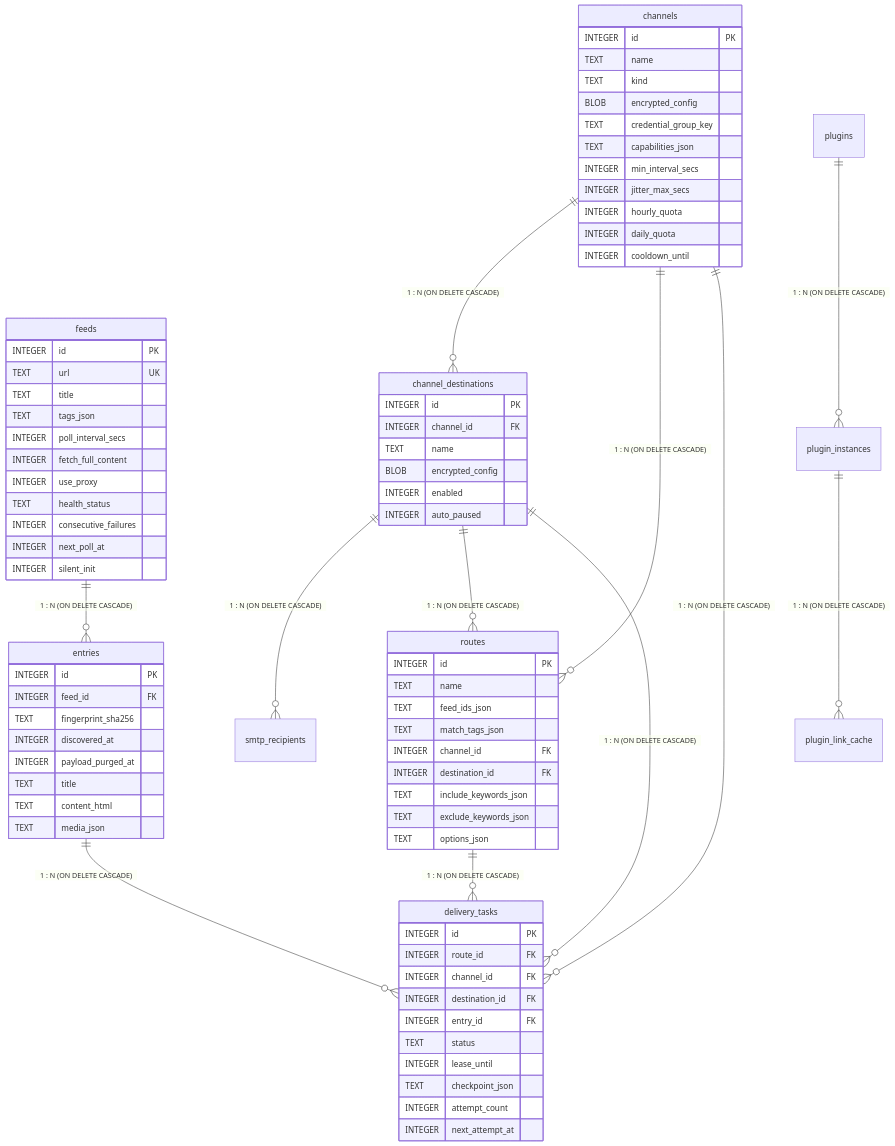
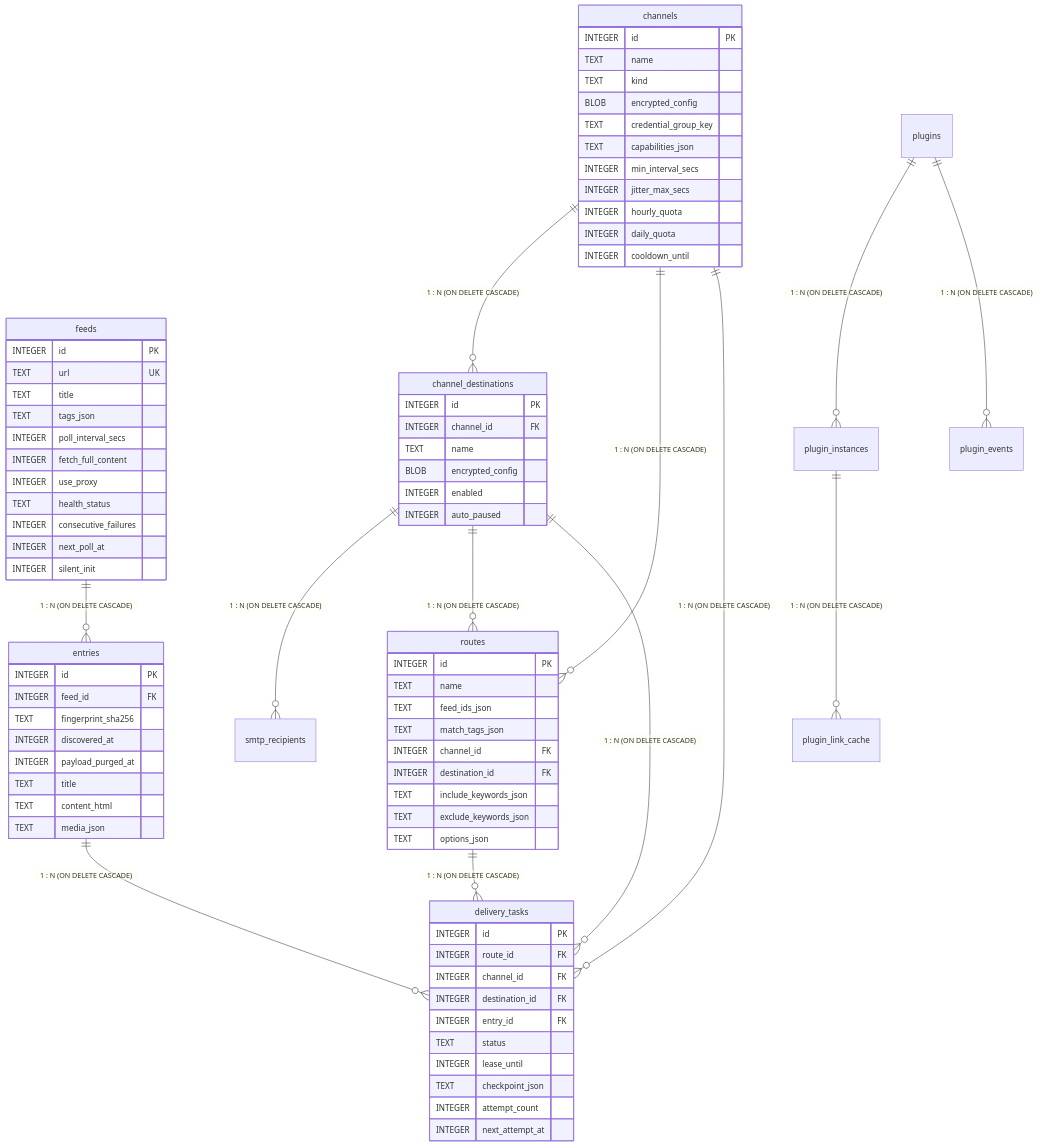
One commit to ElleryHe/FeedCourier changed the diagram in docs/zh/reference/database-schema.md. Above: the diagram before and after it, drawn with Mermaid. The commit also changed other lines of this file and 74 other files, not shown here.

```diff
--- a/docs/zh/reference/database-schema.md
+++ b/docs/zh/reference/database-schema.md
@@ -29,6 +30,7 @@
     entries ||--o{ delivery_tasks : "1 : N (ON DELETE CASCADE)"
     plugins ||--o{ plugin_instances : "1 : N (ON DELETE CASCADE)"
     plugin_instances ||--o{ plugin_link_cache : "1 : N (ON DELETE CASCADE)"
+    plugins ||--o{ plugin_events : "1 : N (ON DELETE CASCADE)"
 
     feeds {
         INTEGER id PK
```
